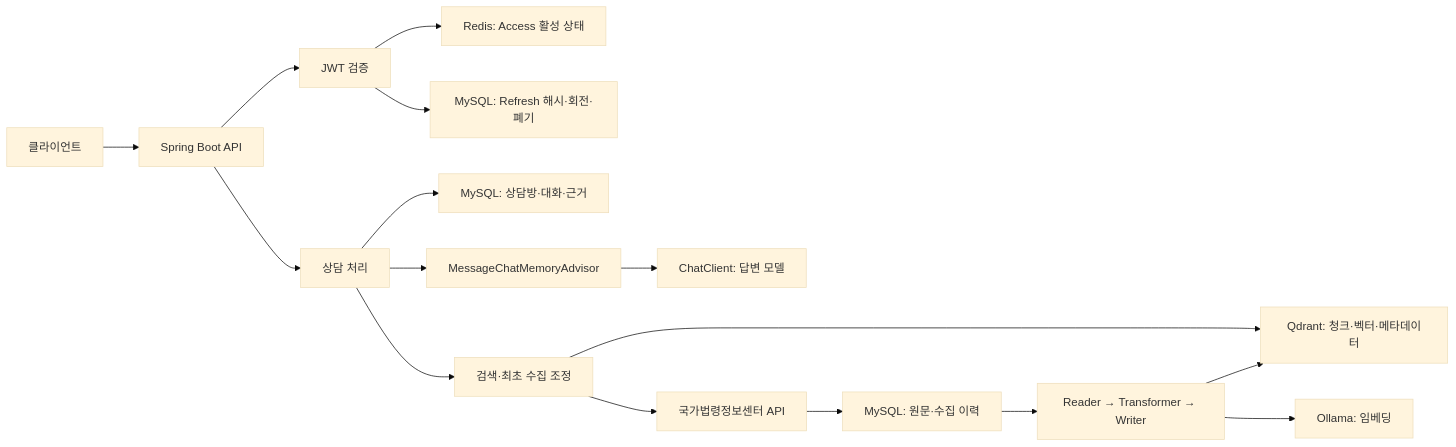
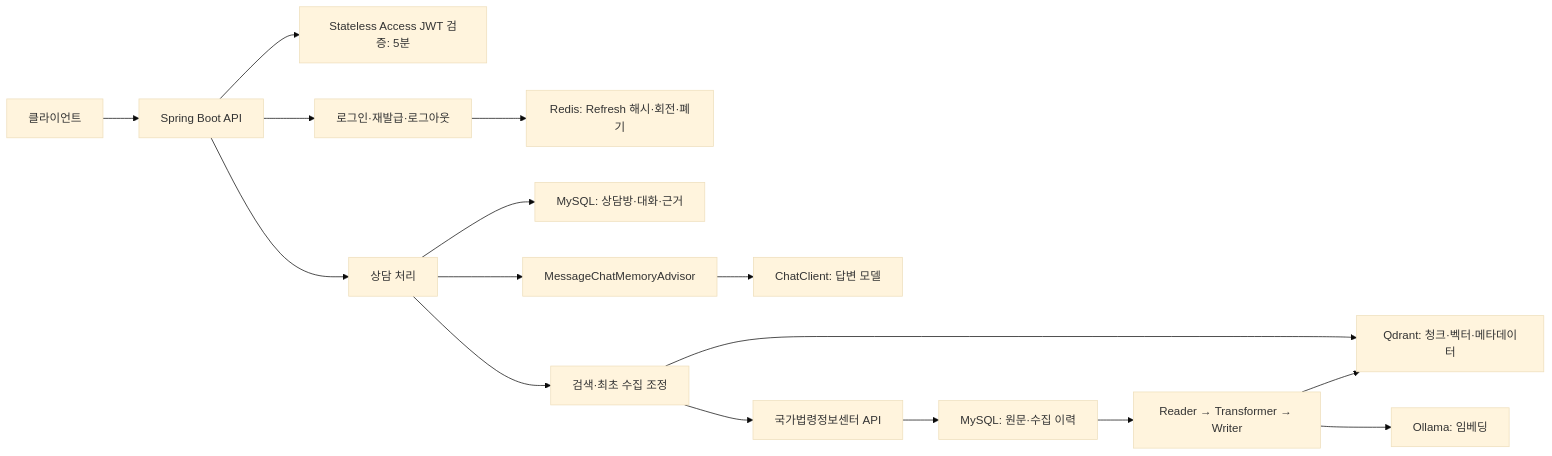
Before and after one commit to ranpia/MoleLaw_backend: the diagram in README.md, drawn with Mermaid (base theme). The commit also changed other lines of this file and 31 other files, not shown here.

Commit message:
refactor: MySQL 초기 마이그레이션과 Access 수명 정책 반영

````diff
--- a/README.md
+++ b/README.md
@@ -38,18 +38,18 @@
 ```mermaid
 flowchart LR
     Client[클라이언트] --> API[Spring Boot API]
-    API --> Auth[JWT 검증]
-    Auth --> Redis[Redis: Access 활성 상태]
-    Auth --> Refresh[MySQL: Refresh 해시·회전·폐기]
+    API --> Auth[Stateless Access JWT 검증: 5분]
+    API --> RefreshFlow[로그인·재발급·로그아웃]
+    RefreshFlow --> Redis[Redis: Refresh 해시·회전·폐기]
     API --> Chat[상담 처리]
     Chat --> History[MySQL: 상담방·대화·근거]
     Chat --> Advisor[MessageChatMemoryAdvisor]
     Advisor --> Answer[ChatClient: 답변 모델]
     Chat --> Retrieval[검색·최초 수집 조정]
     Retrieval --> Qdrant[Qdrant: 청크·벡터·메타데이터]
     Retrieval --> OpenLaw[국가법령정보센터 API]
     OpenLaw --> Source[MySQL: 원문·수집 이력]
     Source --> ETL[Reader → Transformer → Writer]
     ETL --> Ollama[Ollama: 임베딩]
     ETL --> Qdrant
 ```
````
